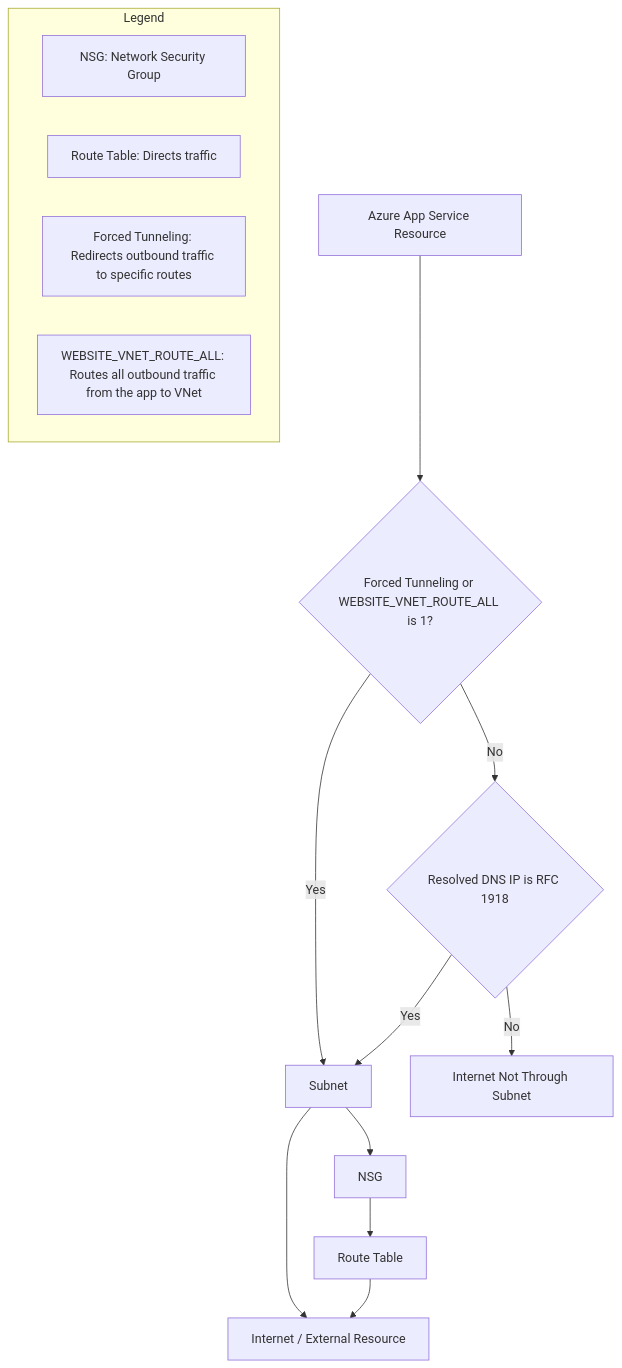
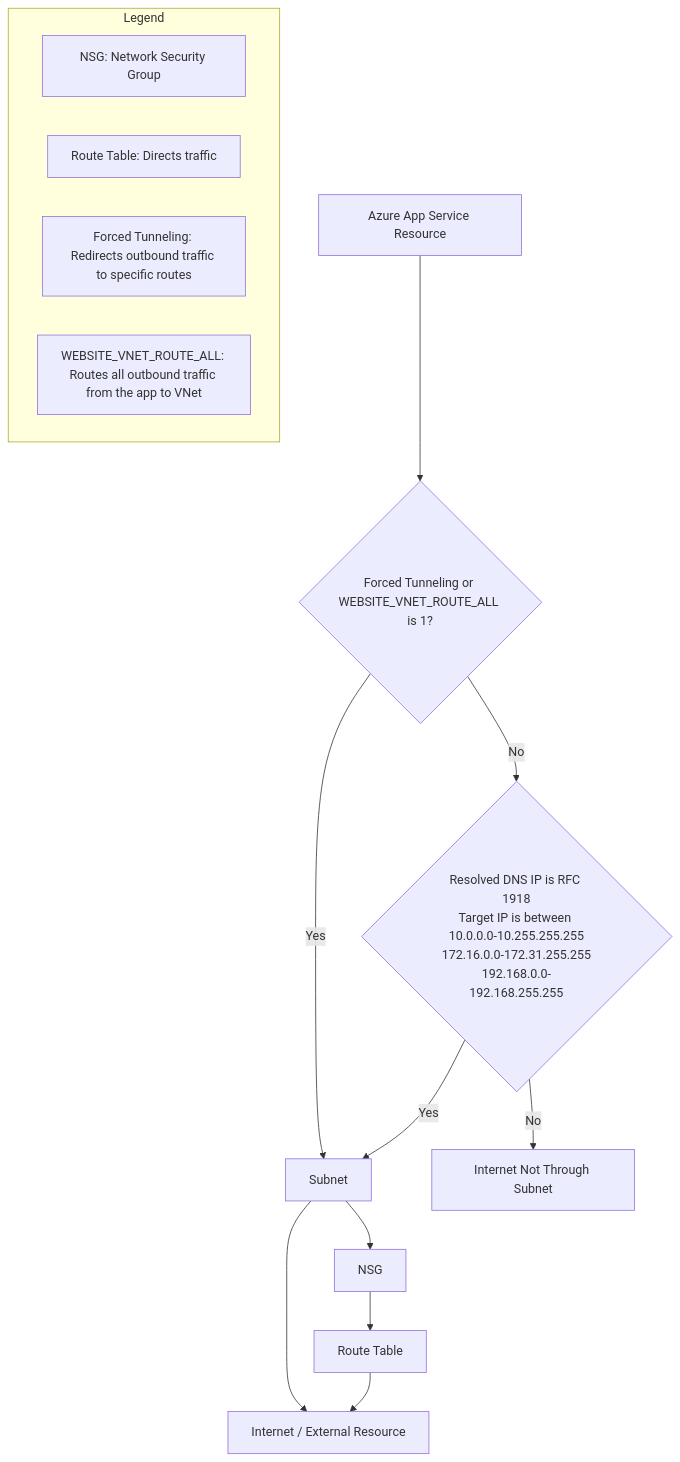
One commit to matt5689/AzureDeployTest changed the diagram in README.md. Above: the diagram before and after it, drawn with Mermaid.

````diff
--- a/README.md
+++ b/README.md
@@ -6,19 +6,19 @@
 ```mermaid
 graph TD
     A[Azure App Service Resource] --> F{Forced Tunneling or WEBSITE_VNET_ROUTE_ALL is 1?}
     F -- Yes --> B[Subnet]
-    F -- No --> G{Resolved DNS IP is RFC 1918}
+    F -- No --> G{Resolved DNS IP is RFC 1918<br />Target IP is between <br />10.0.0.0-10.255.255.255<br />172.16.0.0-172.31.255.255<br />192.168.0.0-192.168.255.255}
     G -- Yes --> B[Subnet]--> E[Internet / External Resource]
     G -- No --> H[Internet Not Through Subnet]
     B --> C[NSG]
     C --> D[Route Table]
     D --> E[Internet / External Resource]
 
     %% Legend
     subgraph Legend
         L1[NSG: Network Security Group]
         L2[Route Table: Directs traffic]
         L3[Forced Tunneling: Redirects outbound traffic to specific routes]
         L4[WEBSITE_VNET_ROUTE_ALL: Routes all outbound traffic from the app to VNet]
     end
 ```
````
